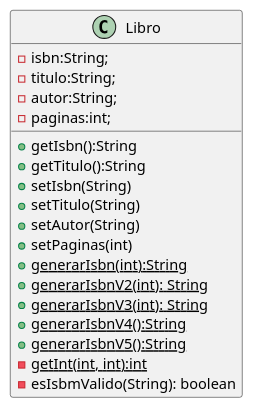
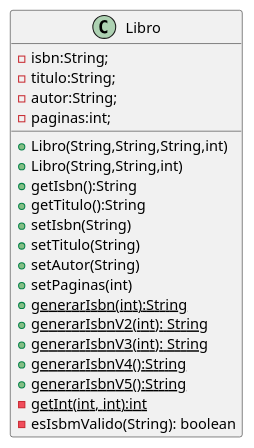
Before and after one commit to FacundoSC/Libros: the diagram in UML/diagramaClases.puml, drawn with PlantUML. The commit also changed 1 other file, not shown here.

Commit message:
agregar el diagrama nuevo

```diff
--- a/UML/diagramaClases.puml
+++ b/UML/diagramaClases.puml
@@ -2,21 +1,23 @@
 @startuml
 class Libro {
    -isbn:String;
    -titulo:String;
    -autor:String;
    -paginas:int;
+   +Libro(String,String,String,int)
+   +Libro(String,String,int)
    +getIsbn():String
    +getTitulo():String
    +setIsbn(String)
    +setTitulo(String)
    +setAutor(String)
    +setPaginas(int)
    +{static}generarIsbn(int):String
    +{static}generarIsbnV2(int): String
    +{static}generarIsbnV3(int): String
    +{static}generarIsbnV4():String
    +{static}generarIsbnV5():String
    -{static}getInt(int, int):int
    - esIsbmValido(String): boolean
 }
 @enduml
```
